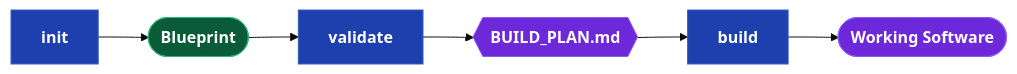
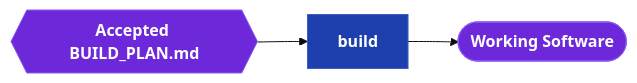
The seventh of 12 diagrams in docs/Drydock_Specification.md (webcloudstudio/Drydock), drawn with Mermaid (base theme) before and after one commit. The commit also changed other lines of this file and 2 other files, not shown here.

````diff
--- a/docs/Drydock_Specification.md
+++ b/docs/Drydock_Specification.md
@@ -695,12 +778,10 @@
 ```mermaid
 flowchart LR
   classDef dir    fill:#0a5c38,stroke:#2cb67d,color:#fff,font-weight:bold
   classDef script fill:#1e40af,stroke:#3b5fc0,color:#fff,font-weight:bold
   classDef output fill:#6d28d9,stroke:#8b5cf6,color:#fff,font-weight:bold
 
-  INIT["init"]:::script --> SPEC(["Blueprint"]):::dir
-  SPEC --> VALIDATE["validate"]:::script
-  VALIDATE --> PLAN{{"BUILD_PLAN.md"}}:::output
+  PLAN{{"Accepted BUILD_PLAN.md"}}:::output
   PLAN --> BUILD["build"]:::script
   BUILD --> SOFTWARE(["Working Software"]):::output
 ```
````
